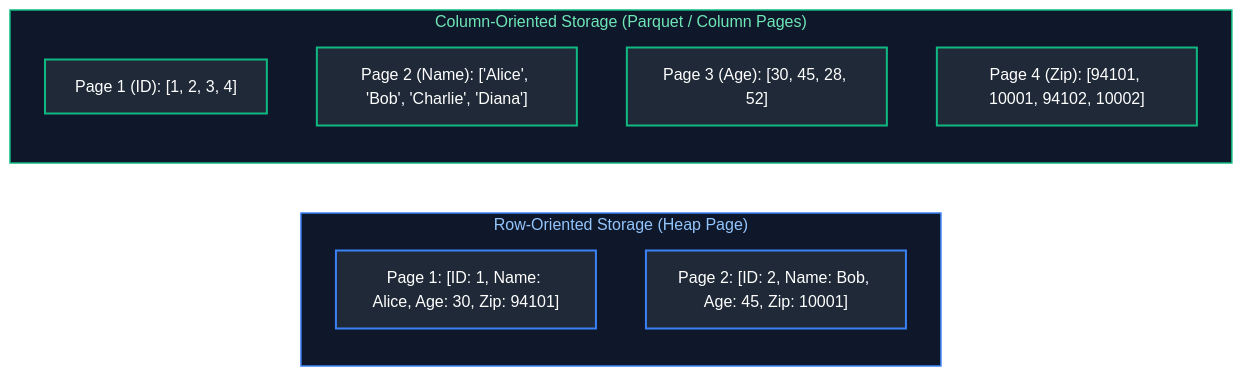
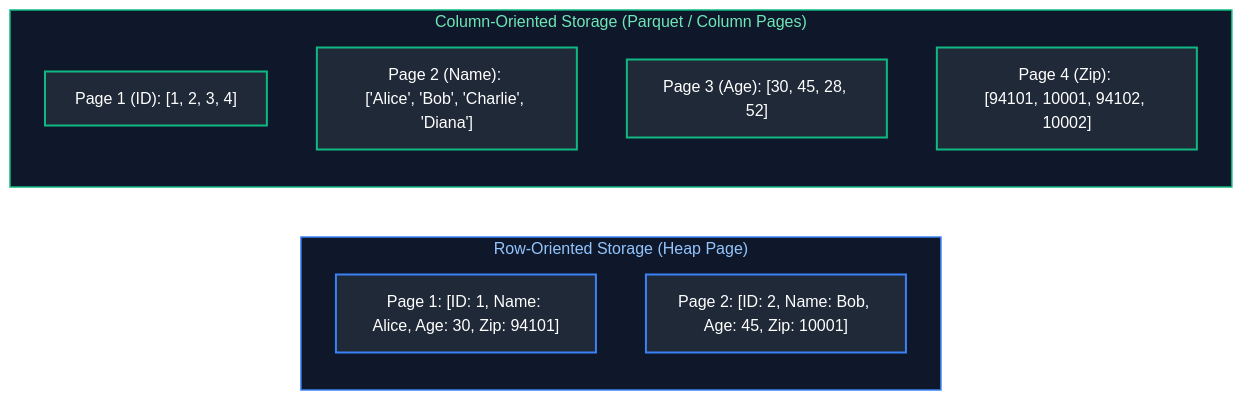
One commit to joydeep-biswas/Interview-Preparation changed the third of 27 diagrams in Data Engineering/04_database_internals_and_performance.md. Above: the diagram before and after it, drawn with Mermaid. The commit also changed other lines of this file and 76 other files, not shown here.

Commit message:
Updated Charts

````diff
--- a/Data Engineering/04_database_internals_and_performance.md
+++ b/Data Engineering/04_database_internals_and_performance.md
@@ -175,24 +175,24 @@
 ```mermaid
 flowchart LR
     subgraph RowOriented ["Row-Oriented Storage (Heap Page)"]
         R1["Page 1: [ID: 1, Name: Alice, Age: 30, Zip: 94101]"]
         R2["Page 2: [ID: 2, Name: Bob, Age: 45, Zip: 10001]"]
     end
 
     subgraph ColumnOriented ["Column-Oriented Storage (Parquet / Column Pages)"]
         C1["Page 1 (ID): [1, 2, 3, 4]"]
-        C2["Page 2 (Name): ['Alice', 'Bob', 'Charlie', 'Diana']"]
+        C2["Page 2 (Name): <br>['Alice', 'Bob', 'Charlie', 'Diana']"]
         C3["Page 3 (Age): [30, 45, 28, 52]"]
-        C4["Page 4 (Zip): [94101, 10001, 94102, 10002]"]
+        C4["Page 4 (Zip): <br>[94101, 10001, 94102, 10002]"]
     end
 
     style RowOriented fill:#0f172a,stroke:#3b82f6,stroke-width:1.5px,color:#93c5fd
     style ColumnOriented fill:#0f172a,stroke:#10b981,stroke-width:1.5px,color:#6ee7b7
 
     style R1 fill:#1f2937,stroke:#3b82f6,stroke-width:2px,color:#fff
     style R2 fill:#1f2937,stroke:#3b82f6,stroke-width:2px,color:#fff
     style C1 fill:#1f2937,stroke:#10b981,stroke-width:2px,color:#fff
     style C2 fill:#1f2937,stroke:#10b981,stroke-width:2px,color:#fff
     style C3 fill:#1f2937,stroke:#10b981,stroke-width:2px,color:#fff
     style C4 fill:#1f2937,stroke:#10b981,stroke-width:2px,color:#fff
 ```
````
